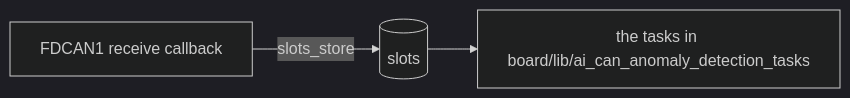
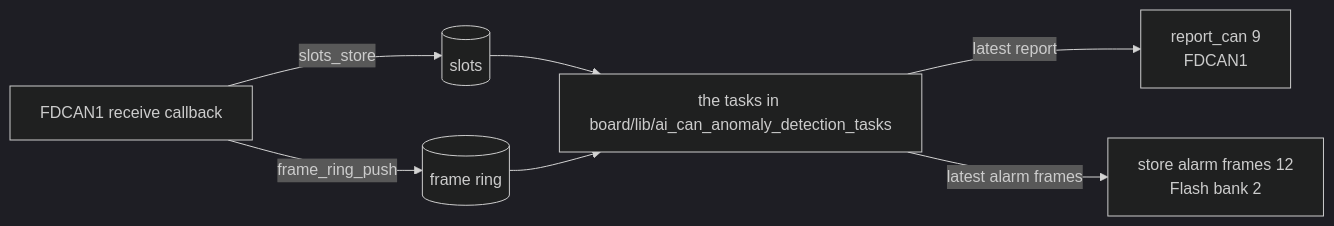
Before and after one commit to asana17/ai_can_anomaly_detection: the diagram in board/application/ai_can_anomaly_detection/README.md, drawn with Mermaid (dark theme). The commit also changed other lines of this file and 2 other files, not shown here.

Commit message:
docs(board): describe the alarm frames the board writes to Flash

````diff
--- a/board/application/ai_can_anomaly_detection/README.md
+++ b/board/application/ai_can_anomaly_detection/README.md
@@ -12,5 +12,9 @@
 ```mermaid
 flowchart LR
     irq["FDCAN1 receive callback"] -- slots_store --> slots[(slots)]
+    irq -- frame_ring_push --> frames[(frame ring)]
     slots --> tasks["the tasks in board/lib/ai_can_anomaly_detection_tasks"]
+    frames --> tasks
+    tasks -- latest report --> can["report_can 9<br/>FDCAN1"]
+    tasks -- latest alarm frames --> store["store alarm frames 12<br/>Flash bank 2"]
 ```
````
